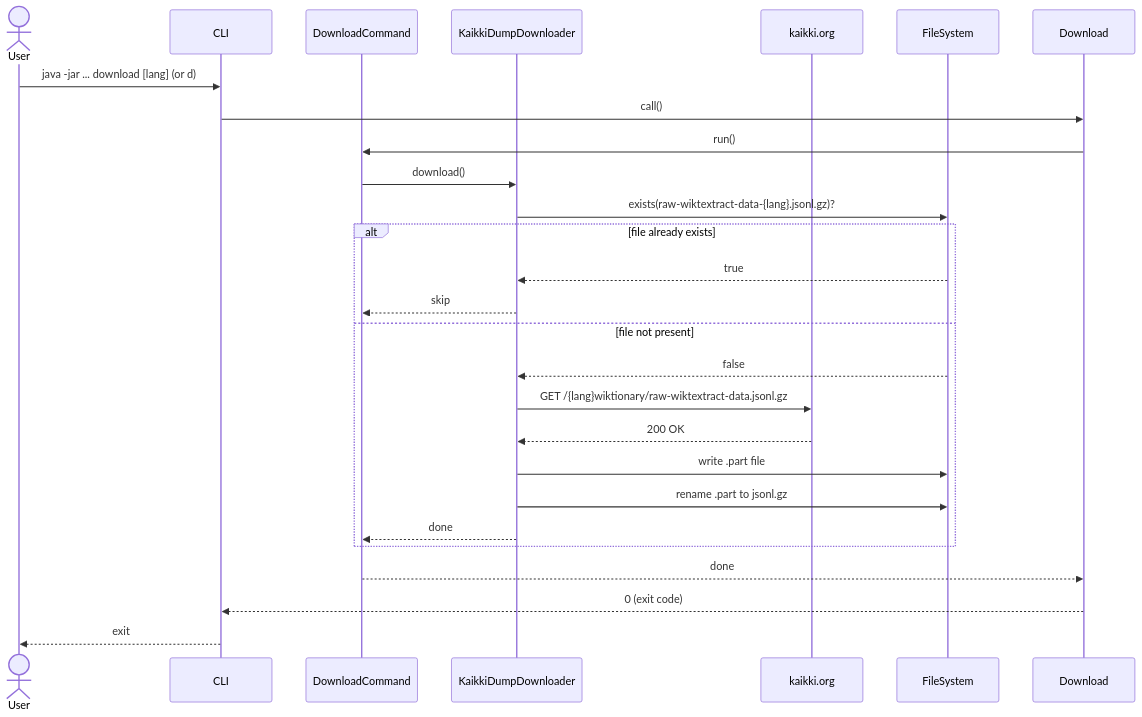
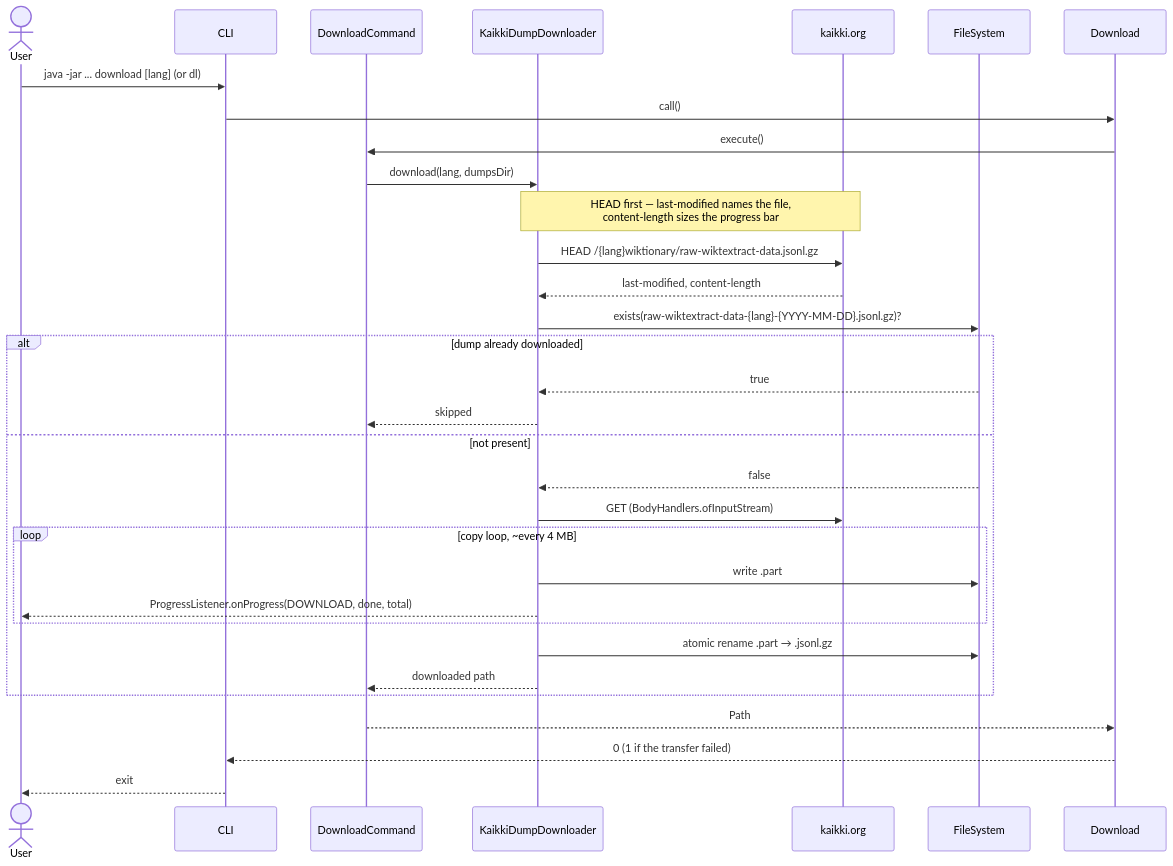
One commit to nyg/wiktionary-to-kindle changed the first of 3 diagrams in docs/program-flow.md. Above: the diagram before and after it, drawn with Mermaid. The commit also changed other lines of this file and 4 other files, not shown here.

````diff
--- a/docs/program-flow.md
+++ b/docs/program-flow.md
@@ -5,31 +8,37 @@
 ```mermaid
 sequenceDiagram
     actor User
     participant CLI
     participant DownloadCommand
     participant KaikkiDumpDownloader
     participant kaikkiorg as kaikki.org
     participant FileSystem
 
-    User->>CLI: java -jar ... download [lang] (or d)
+    User->>CLI: java -jar ... download [lang] (or dl)
     CLI->>Download: call()
-    Download->>DownloadCommand: run()
-    DownloadCommand->>KaikkiDumpDownloader: download()
-    KaikkiDumpDownloader->>FileSystem: exists(raw-wiktextract-data-{lang}.jsonl.gz)?
+    Download->>DownloadCommand: execute()
+    DownloadCommand->>KaikkiDumpDownloader: download(lang, dumpsDir)
 
-    alt file already exists
+    Note over KaikkiDumpDownloader,kaikkiorg: HEAD first — last-modified names the file,<br/>content-length sizes the progress bar
+    KaikkiDumpDownloader->>kaikkiorg: HEAD /{lang}wiktionary/raw-wiktextract-data.jsonl.gz
+    kaikkiorg-->>KaikkiDumpDownloader: last-modified, content-length
+    KaikkiDumpDownloader->>FileSystem: exists(raw-wiktextract-data-{lang}-{YYYY-MM-DD}.jsonl.gz)?
+
+    alt dump already downloaded
         FileSystem-->>KaikkiDumpDownloader: true
-        KaikkiDumpDownloader-->>DownloadCommand: skip
-    else file not present
+        KaikkiDumpDownloader-->>DownloadCommand: skipped
+    else not present
         FileSystem-->>KaikkiDumpDownloader: false
-        KaikkiDumpDownloader->>kaikkiorg: GET /{lang}wiktionary/raw-wiktextract-data.jsonl.gz
-        kaikkiorg-->>KaikkiDumpDownloader: 200 OK
-        KaikkiDumpDownloader->>FileSystem: write .part file
-        KaikkiDumpDownloader->>FileSystem: rename .part to jsonl.gz
-        KaikkiDumpDownloader-->>DownloadCommand: done
+        KaikkiDumpDownloader->>kaikkiorg: GET (BodyHandlers.ofInputStream)
+        loop copy loop, ~every 4 MB
+            KaikkiDumpDownloader->>FileSystem: write .part
+            KaikkiDumpDownloader-->>User: ProgressListener.onProgress(DOWNLOAD, done, total)
+        end
+        KaikkiDumpDownloader->>FileSystem: atomic rename .part → .jsonl.gz
+        KaikkiDumpDownloader-->>DownloadCommand: downloaded path
     end
 
-    DownloadCommand-->>Download: done
-    Download-->>CLI: 0 (exit code)
+    DownloadCommand-->>Download: Path
+    Download-->>CLI: 0 (1 if the transfer failed)
     CLI-->>User: exit
 ```
````
